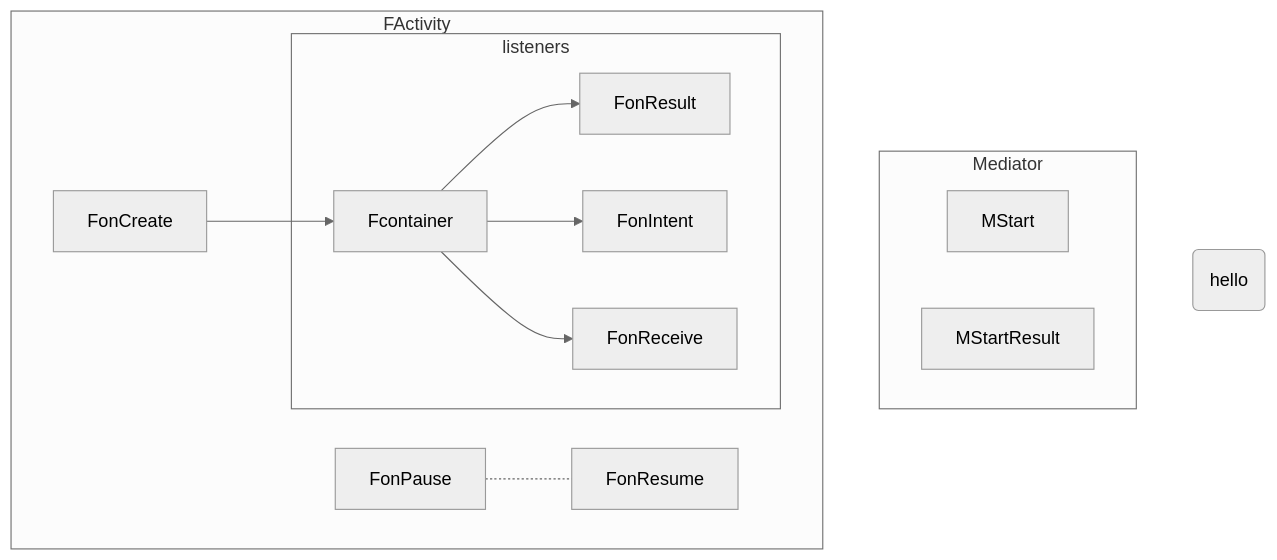
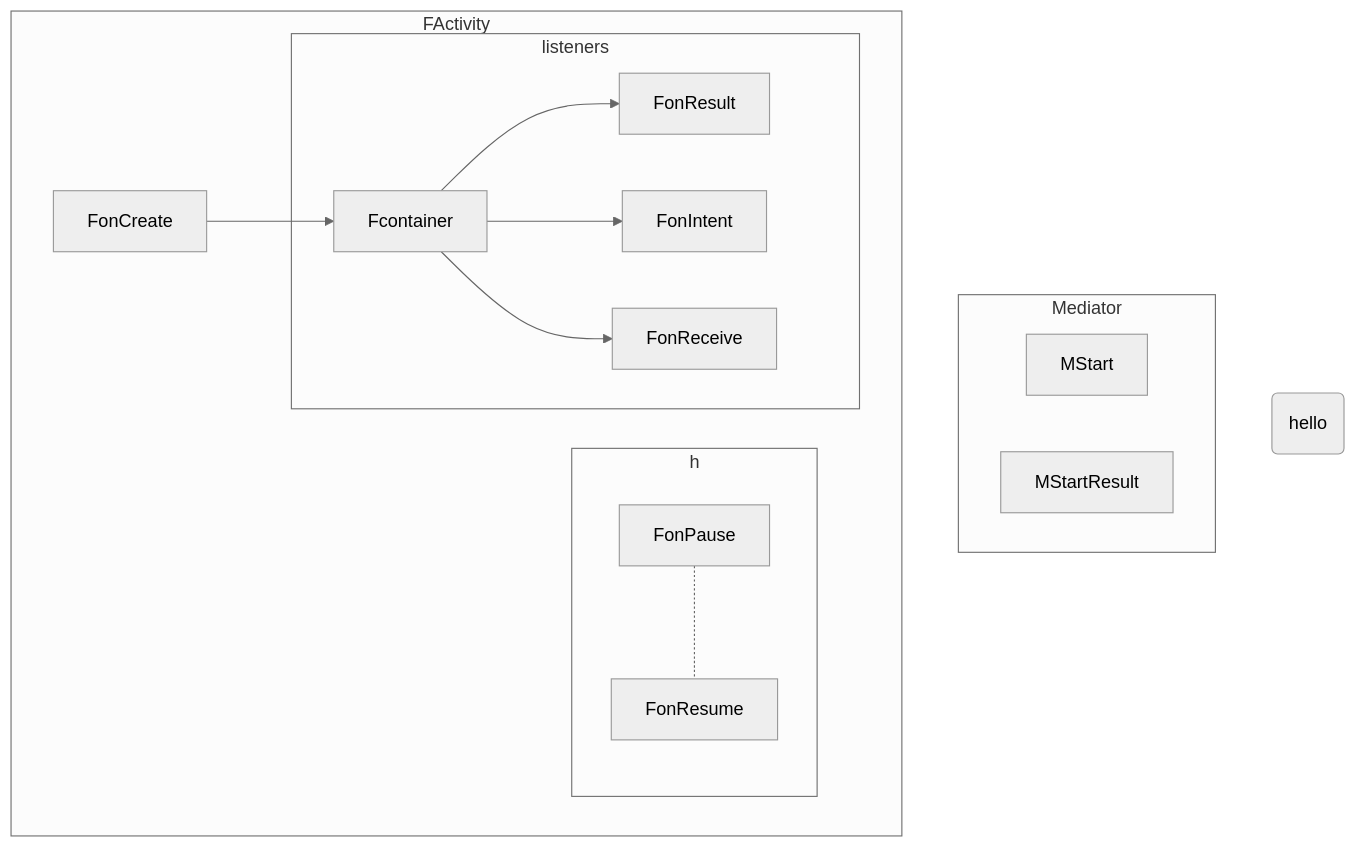
Before and after one commit to gordianknotC/nxp_note: the diagram in flutter/addActivityResultListener.md, drawn with Mermaid (neutral theme). The commit also changed other lines of this file, not shown here.

Commit message:
flutter/addActivityResultListener.md updated from https://stackedit.io/

````diff
--- a/flutter/addActivityResultListener.md
+++ b/flutter/addActivityResultListener.md
@@ -11,28 +11,30 @@
 ```mermaid
 graph TB
 	S(hello)
 	subgraph Mediator
 		MStart
 		MStartResult
 	end
 	subgraph FActivity
 		FonCreate
 		FonPause 
 		FonResume 
 		FonResult 
 		FonIntent 
 		FonReceive 
 		FonCreate --> Fcontainer
-		
+		subgraph h
+			FonPause -.- FonResume
+		end
 		subgraph listeners
-		Fcontainer --> FonIntent
-		Fcontainer --> FonResult
-		Fcontainer --> FonReceive
+			Fcontainer --> FonIntent
+			Fcontainer --> FonResult
+			Fcontainer --> FonReceive
 		end
 		
-
-		FonPause -.- FonResume
+		
+		
 	end
 
 
 ```
````
